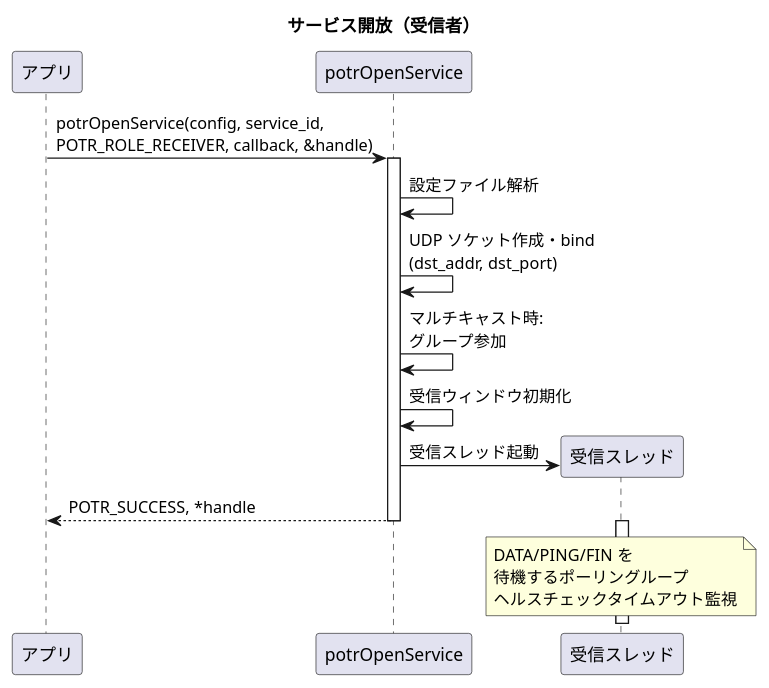
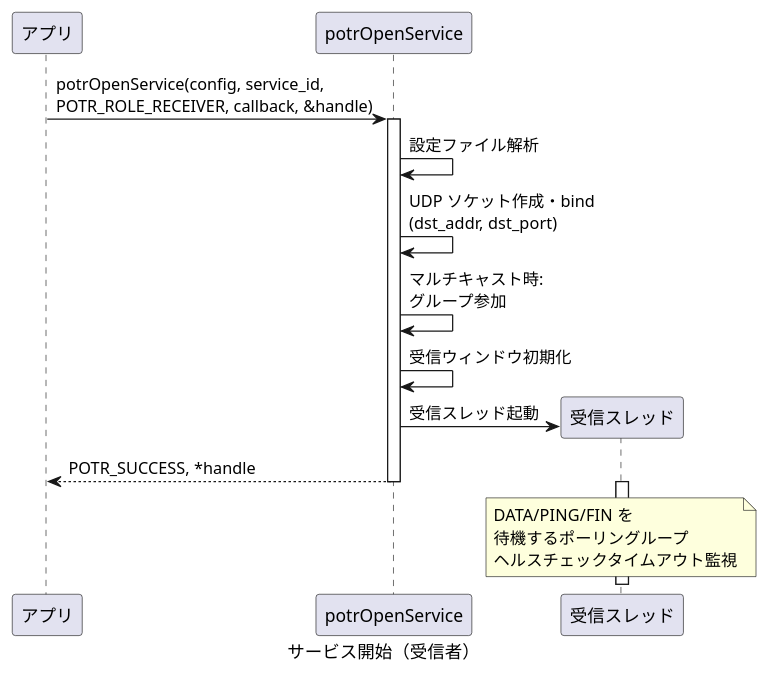
The second of 12 diagrams in prod/porter/docs/sequence.md (Hondarer/c-modernization-kit), drawn with PlantUML before and after one commit. The commit also changed other lines of this file and 13 other files, not shown here.

````diff
--- a/prod/porter/docs/sequence.md
+++ b/prod/porter/docs/sequence.md
@@ -69,26 +50,26 @@
 ```plantuml
-@startuml
-title サービス開放（受信者）
+@startuml サービス開始（受信者）
+caption サービス開始（受信者）
 
 participant "アプリ" as APP
 participant "potrOpenService" as OPEN
 participant "受信スレッド" as RT
 
 APP -> OPEN: potrOpenService(config, service_id,\nPOTR_ROLE_RECEIVER, callback, &handle)
 
 activate OPEN
 OPEN -> OPEN: 設定ファイル解析
 OPEN -> OPEN: UDP ソケット作成・bind\n(dst_addr, dst_port)
 OPEN -> OPEN: マルチキャスト時:\nグループ参加
 OPEN -> OPEN: 受信ウィンドウ初期化
 
 OPEN -> RT**: 受信スレッド起動
 
 OPEN --> APP: POTR_SUCCESS, *handle
 deactivate OPEN
 
 activate RT
 note over RT: DATA/PING/FIN を\n待機するポーリングループ\nヘルスチェックタイムアウト監視
 
 @enduml
 ```
````
